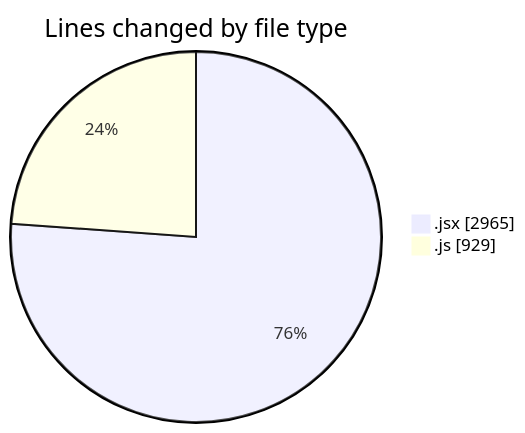
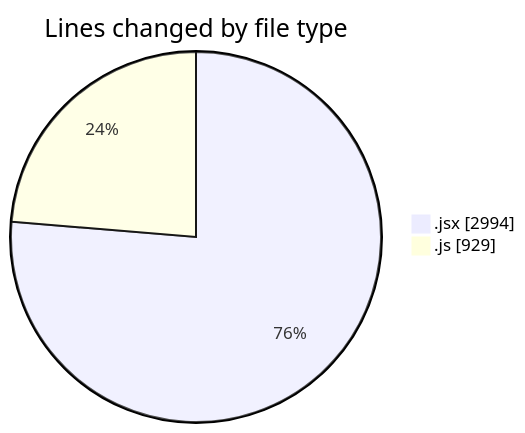
The first of 2 diagrams in 2025-07-19/nxtqube_webapp/README.md (nxtqubesakshisongat/code-tracking), drawn with Mermaid before and after one commit. The commit also changed other lines of this file and 1 other file, not shown here.

````diff
--- a/2025-07-19/nxtqube_webapp/README.md
+++ b/2025-07-19/nxtqube_webapp/README.md
@@ -28,6 +28,6 @@
 ```mermaid
 pie showData
 title Lines changed by file type
-".jsx" : 2965
+".jsx" : 2994
 ".js" : 929
 ```
````
